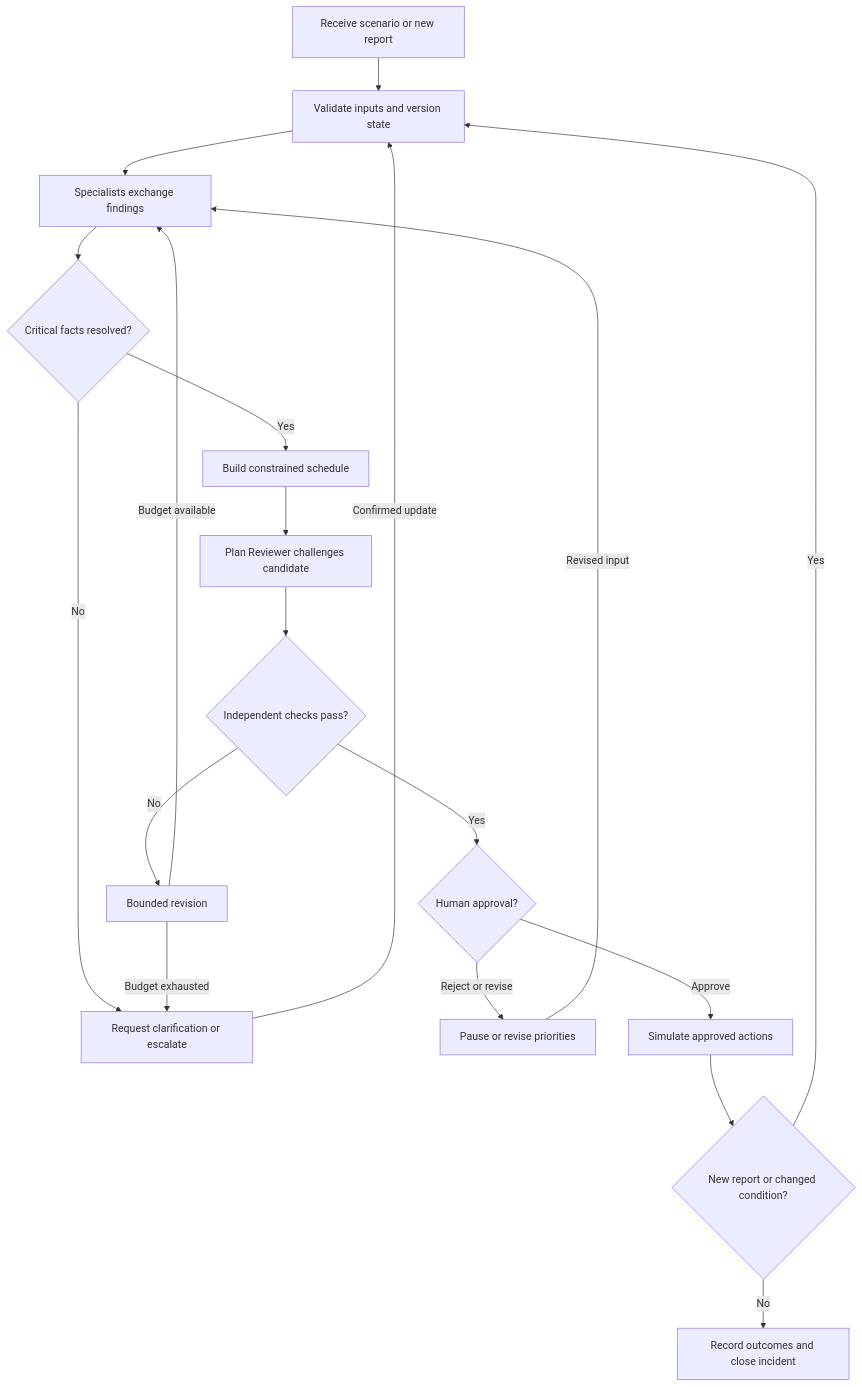
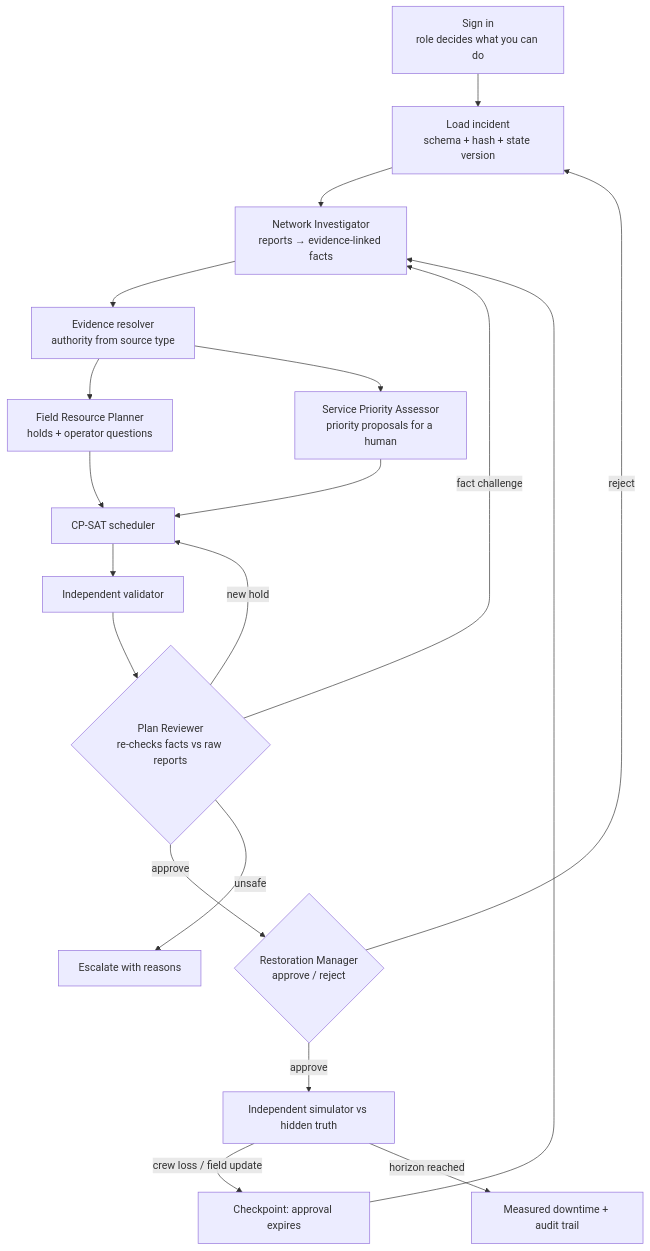
The diagram in docs/Workflow.md (inthiiii/hyperreaility-sliit), drawn with Mermaid before and after one commit. The commit also changed other lines of this file and 82 other files, not shown here.

First line of the commit message:
Land Day 1 stack on main: v14 agents, sign-in and roles, project plan (#21)

````diff
--- a/docs/Workflow.md
+++ b/docs/Workflow.md
@@ -20,21 +11,20 @@
 ```mermaid
 flowchart TD
-    A[Receive scenario or new report] --> B[Validate inputs and version state]
-    B --> C[Specialists exchange findings]
-    C --> D{Critical facts resolved?}
-    D -->|No| E[Request clarification or escalate]
-    E -->|Confirmed update| B
-    D -->|Yes| F[Build constrained schedule]
-    F --> G[Plan Reviewer challenges candidate]
-    G --> H{Independent checks pass?}
-    H -->|No| R[Bounded revision]
-    R -->|Budget available| C
-    R -->|Budget exhausted| E
-    H -->|Yes| J{Human approval?}
-    J -->|Reject or revise| K[Pause or revise priorities]
-    K -->|Revised input| C
-    J -->|Approve| L[Simulate approved actions]
-    L --> M{New report or changed condition?}
-    M -->|Yes| B
-    M -->|No| N[Record outcomes and close incident]
+    A[Sign in<br/>role decides what you can do] --> B[Load incident<br/>schema + hash + state version]
+    B --> C[Network Investigator<br/>reports → evidence-linked facts]
+    C --> D[Evidence resolver<br/>authority from source type]
+    D --> E[Field Resource Planner<br/>holds + operator questions]
+    D --> F[Service Priority Assessor<br/>priority proposals for a human]
+    E --> G[CP-SAT scheduler]
+    F --> G
+    G --> H[Independent validator]
+    H --> I{Plan Reviewer<br/>re-checks facts vs raw reports}
+    I -->|fact challenge| C
+    I -->|new hold| G
+    I -->|approve| J{Restoration Manager<br/>approve / reject}
+    I -->|unsafe| X[Escalate with reasons]
+    J -->|reject| B
+    J -->|approve| K[Independent simulator vs hidden truth]
+    K -->|crew loss / field update| L[Checkpoint: approval expires] --> C
+    K -->|horizon reached| M[Measured downtime + audit trail]
 ```
````
